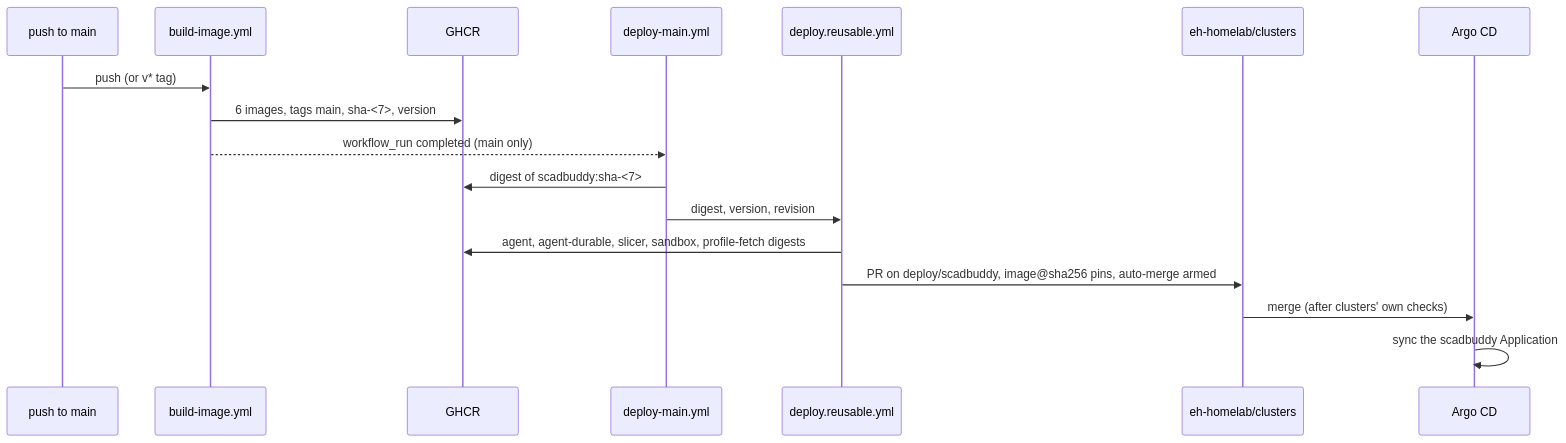
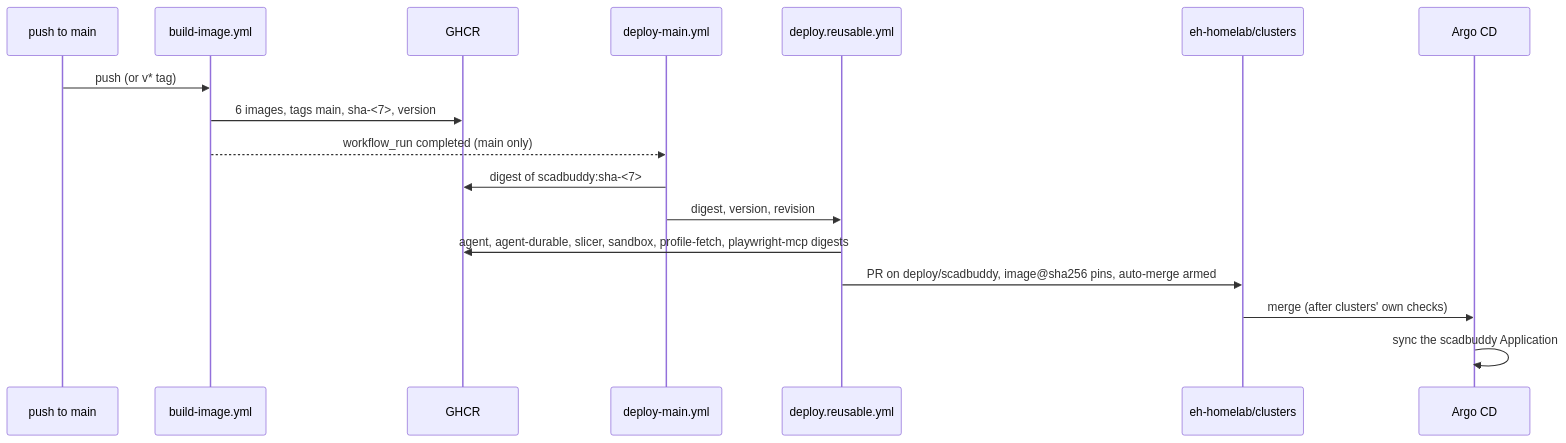
Before and after one commit to eh-homelab/ScadBuddy: the diagram in docs/architecture/ci-and-deploy.md, drawn with Mermaid. The commit also changed other lines of this file and 5 other files, not shown here.

First line of the commit message:
ci(deploy): pin the scadbuddy-playwright-mcp image in the deploy PR (#7546)

````diff
--- a/docs/architecture/ci-and-deploy.md
+++ b/docs/architecture/ci-and-deploy.md
@@ -36,19 +36,19 @@
 ```mermaid
 sequenceDiagram
     participant Main as push to main
     participant BI as build-image.yml
     participant GHCR
     participant DM as deploy-main.yml
     participant DR as deploy.reusable.yml
     participant CL as eh-homelab/clusters
     participant Argo as Argo CD
     Main->>BI: push (or v* tag)
     BI->>GHCR: 6 images, tags main, sha-<7>, version
     BI-->>DM: workflow_run completed (main only)
     DM->>GHCR: digest of scadbuddy:sha-<7>
     DM->>DR: digest, version, revision
-    DR->>GHCR: agent, agent-durable, slicer, sandbox, profile-fetch digests
+    DR->>GHCR: agent, agent-durable, slicer, sandbox, profile-fetch, playwright-mcp digests
     DR->>CL: PR on deploy/scadbuddy, image@sha256 pins, auto-merge armed
     CL->>Argo: merge (after clusters' own checks)
     Argo->>Argo: sync the scadbuddy Application
 ```
````
